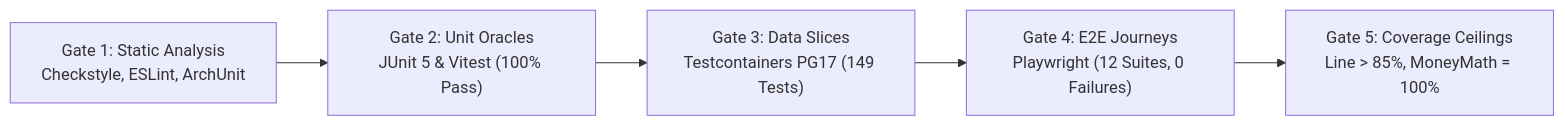
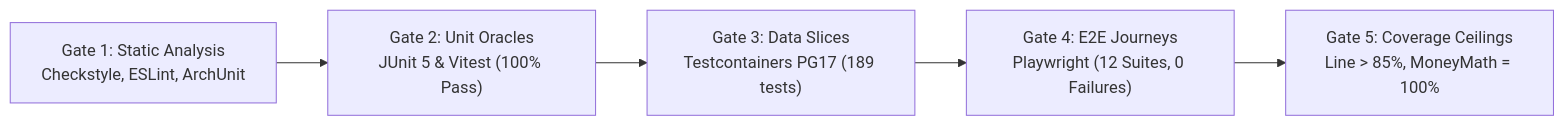
The second of 2 diagrams in technical_document/06_quality_assurance/DOC-06-QA-01_Automated_Test_Harness_Architecture_and_Verification_Suite.md (maz279/ulms), drawn with Mermaid before and after one commit. The commit also changed other lines of this file and 128 other files, not shown here.

````diff
--- a/technical_document/06_quality_assurance/DOC-06-QA-01_Automated_Test_Harness_Architecture_and_Verification_Suite.md
+++ b/technical_document/06_quality_assurance/DOC-06-QA-01_Automated_Test_Harness_Architecture_and_Verification_Suite.md
@@ -210,7 +210,7 @@
 ```mermaid
 flowchart LR
     G1["Gate 1: Static Analysis<br/>Checkstyle, ESLint, ArchUnit"] --> G2["Gate 2: Unit Oracles<br/>JUnit 5 & Vitest (100% Pass)"]
-    G2 --> G3["Gate 3: Data Slices<br/>Testcontainers PG17 (149 Tests)"]
+    G2 --> G3["Gate 3: Data Slices<br/>Testcontainers PG17 (189 tests)"]
     G3 --> G4["Gate 4: E2E Journeys<br/>Playwright (12 Suites, 0 Failures)"]
     G4 --> G5["Gate 5: Coverage Ceilings<br/>Line > 85%, MoneyMath = 100%"]
 ```
````
